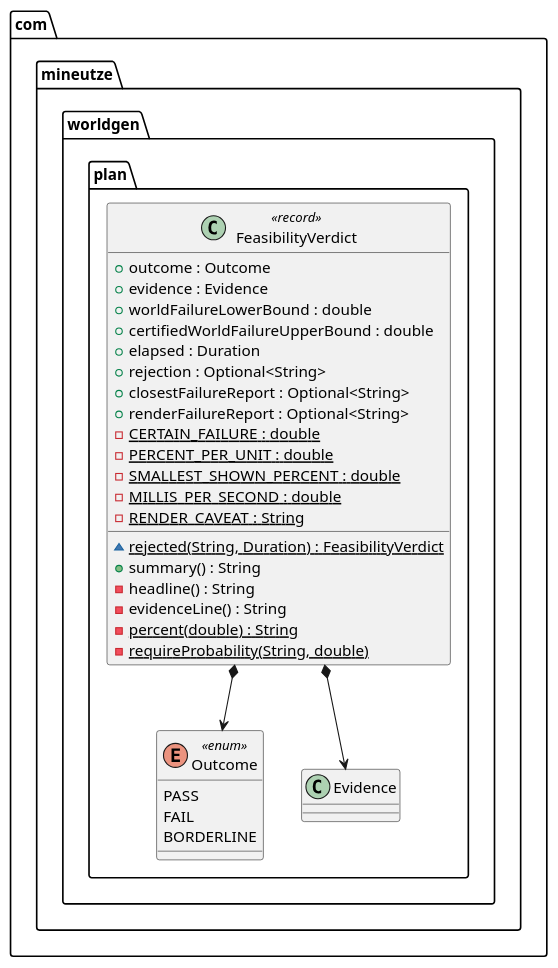
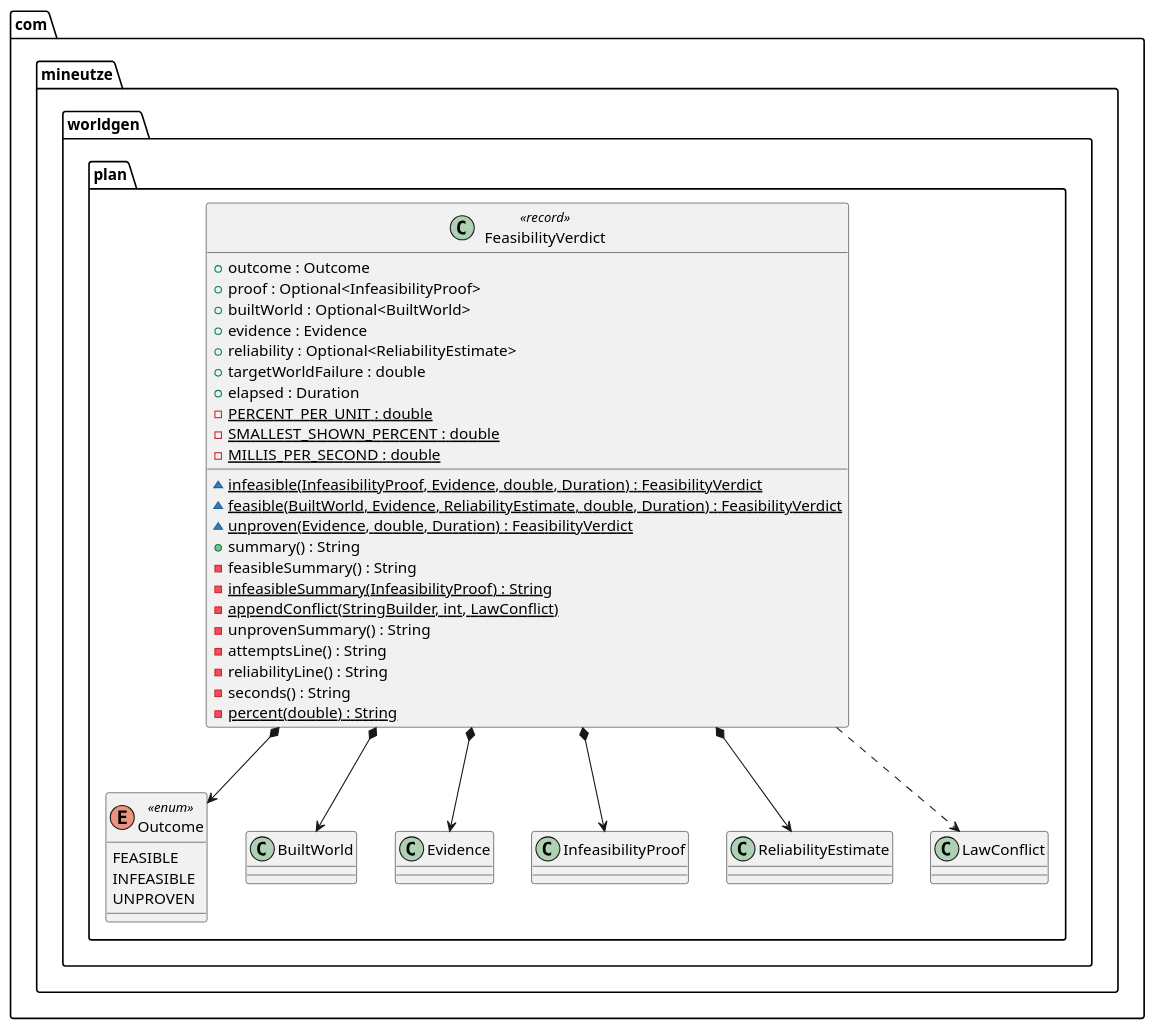
Before and after one commit to Boulede987/Mine-Utz: the diagram in companion-mods/mineutze-worldgen/doc/Modelisation/Fragments-Full/com/mineutze/worldgen/plan/FeasibilityVerdict.puml, drawn with PlantUML. The commit also changed 96 other files, not shown here.

First line of the commit message:
docs(worldgen): regenerate class diagrams for the proof-based verdict

```diff
--- a/companion-mods/mineutze-worldgen/doc/Modelisation/Fragments-Full/com/mineutze/worldgen/plan/FeasibilityVerdict.puml
+++ b/companion-mods/mineutze-worldgen/doc/Modelisation/Fragments-Full/com/mineutze/worldgen/plan/FeasibilityVerdict.puml
@@ -1,31 +1,38 @@
 namespace com.mineutze.worldgen.plan {
 class FeasibilityVerdict <<record>> {
   + outcome : Outcome
+  + proof : Optional<InfeasibilityProof>
+  + builtWorld : Optional<BuiltWorld>
   + evidence : Evidence
-  + worldFailureLowerBound : double
-  + certifiedWorldFailureUpperBound : double
+  + reliability : Optional<ReliabilityEstimate>
+  + targetWorldFailure : double
   + elapsed : Duration
-  + rejection : Optional<String>
-  + closestFailureReport : Optional<String>
-  + renderFailureReport : Optional<String>
-  - {static} CERTAIN_FAILURE : double
   - {static} PERCENT_PER_UNIT : double
   - {static} SMALLEST_SHOWN_PERCENT : double
   - {static} MILLIS_PER_SECOND : double
-  - {static} RENDER_CAVEAT : String
-  ~ {static} rejected(String, Duration) : FeasibilityVerdict
+  ~ {static} infeasible(InfeasibilityProof, Evidence, double, Duration) : FeasibilityVerdict
+  ~ {static} feasible(BuiltWorld, Evidence, ReliabilityEstimate, double, Duration) : FeasibilityVerdict
+  ~ {static} unproven(Evidence, double, Duration) : FeasibilityVerdict
   + summary() : String
-  - headline() : String
-  - evidenceLine() : String
+  - feasibleSummary() : String
+  - {static} infeasibleSummary(InfeasibilityProof) : String
+  - {static} appendConflict(StringBuilder, int, LawConflict)
+  - unprovenSummary() : String
+  - attemptsLine() : String
+  - reliabilityLine() : String
+  - seconds() : String
   - {static} percent(double) : String
-  - {static} requireProbability(String, double)
 }
 enum Outcome <<enum>> {
-  PASS
-  FAIL
-  BORDERLINE
+  FEASIBLE
+  INFEASIBLE
+  UNPROVEN
 }
 }
 
+com.mineutze.worldgen.plan.FeasibilityVerdict *--> com.mineutze.worldgen.plan.BuiltWorld
 com.mineutze.worldgen.plan.FeasibilityVerdict *--> com.mineutze.worldgen.plan.Evidence
+com.mineutze.worldgen.plan.FeasibilityVerdict *--> com.mineutze.worldgen.plan.InfeasibilityProof
 com.mineutze.worldgen.plan.FeasibilityVerdict *--> com.mineutze.worldgen.plan.Outcome
+com.mineutze.worldgen.plan.FeasibilityVerdict *--> com.mineutze.worldgen.plan.ReliabilityEstimate
+com.mineutze.worldgen.plan.FeasibilityVerdict ..> com.mineutze.worldgen.plan.LawConflict
```
